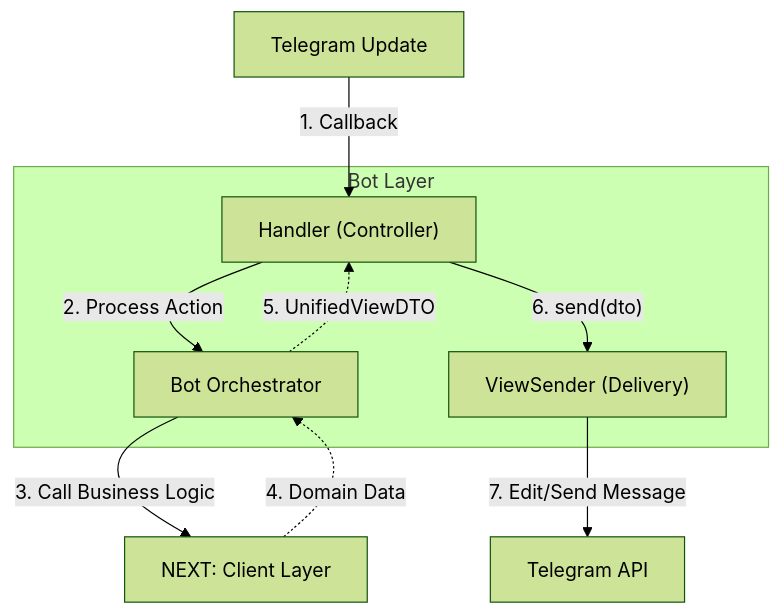
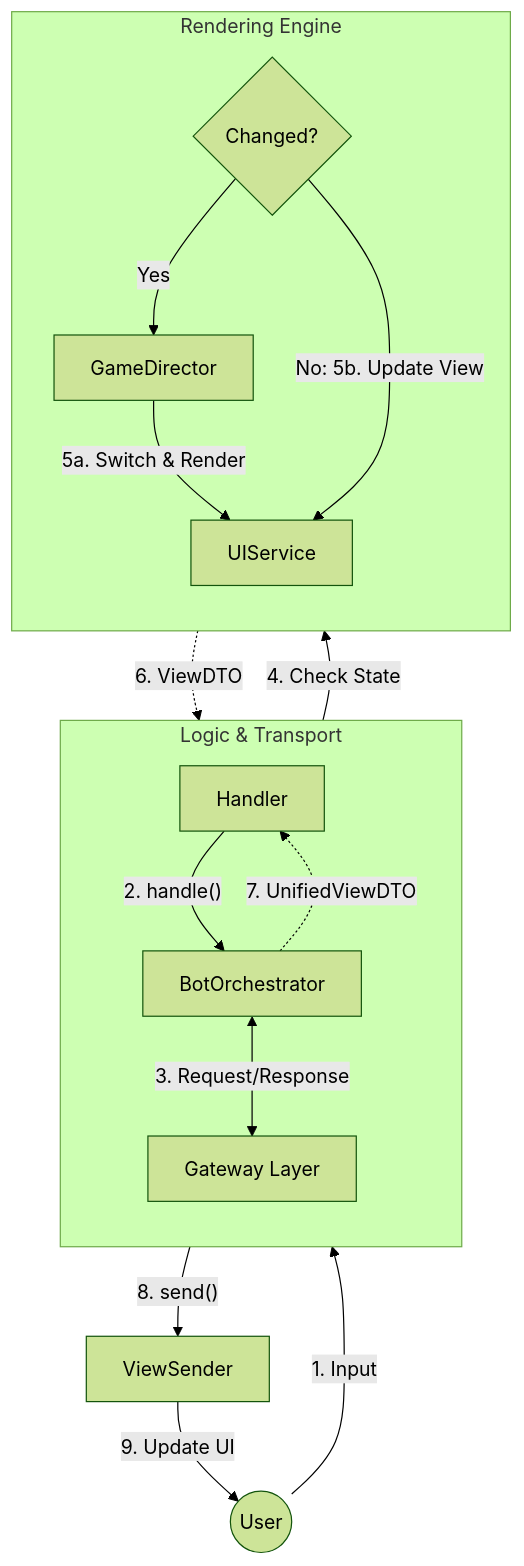
One commit to CodexDLC/telegram_bot_rpg changed the second of 7 diagrams in docs/dis_docs/05_diagrams/01_Architecture_Overview.md. Above: the diagram before and after it, drawn with Mermaid (forest theme). The commit also changed other lines of this file and 37 other files, not shown here.

````diff
--- a/docs/dis_docs/05_diagrams/01_Architecture_Overview.md
+++ b/docs/dis_docs/05_diagrams/01_Architecture_Overview.md
@@ -31,24 +36,29 @@
 ```mermaid
 graph TD
-    Input["Telegram Update"]
-    Telegram["Telegram API"]
-
-    subgraph Bot_Layer ["Bot Layer"]
-        Handler["Handler (Controller)"]
-        Orch["Bot Orchestrator"]
-        Sender["ViewSender (Delivery)"]
+    %% --- INPUT ---
+    User((User)) -->|"1. Input"| Handler["Handler"]
+    
+    %% --- LOGIC ---
+    subgraph Logic_Scope ["Logic & Transport"]
+        direction TB
+        Handler -->|"2. handle()"| BotOrch["BotOrchestrator"]
+        BotOrch <-->|"3. Request/Response"| Gateway["Gateway Layer"]
     end
 
-    Output["NEXT: Client Layer"]
+    %% --- RENDERING ---
+    subgraph Render_Scope ["Rendering Engine"]
+        direction TB
+        BotOrch -->|"4. Check State"| Decision{Changed?}
+        
+        Decision -->|Yes| Director["GameDirector"]
+        Director -->|"5a. Switch & Render"| UIService["UIService"]
+        
+        Decision -->|"No: 5b. Update View"| UIService
+    end
 
-    %% Flow
-    Input -->|"1. Callback"| Handler
-    Handler -->|"2. Process Action"| Orch
-    Orch -->|"3. Call Business Logic"| Output
-    
-    Output -.->|"4. Domain Data"| Orch
-    Orch -.->|"5. UnifiedViewDTO"| Handler
-    
-    Handler -->|"6. send(dto)"| Sender
-    Sender -->|"7. Edit/Send Message"| Telegram
+    %% --- OUTPUT ---
+    UIService -.->|"6. ViewDTO"| BotOrch
+    BotOrch -.->|"7. UnifiedViewDTO"| Handler
+    Handler -->|"8. send()"| Sender["ViewSender"]
+    Sender -->|"9. Update UI"| User
 ```
````
